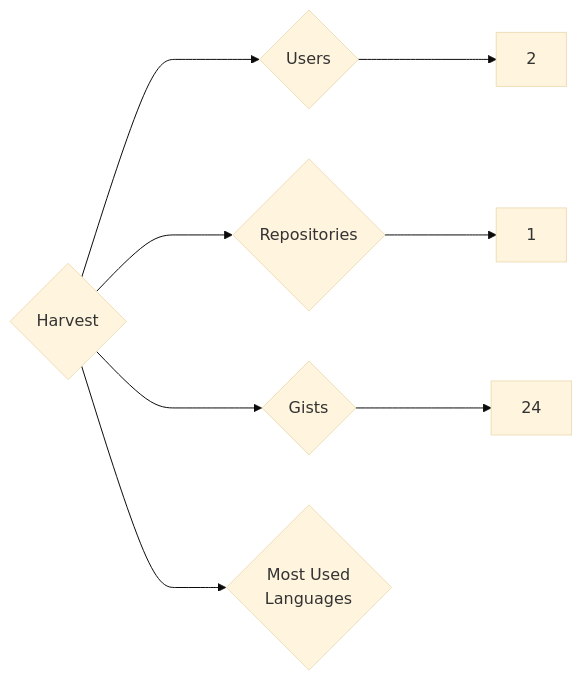
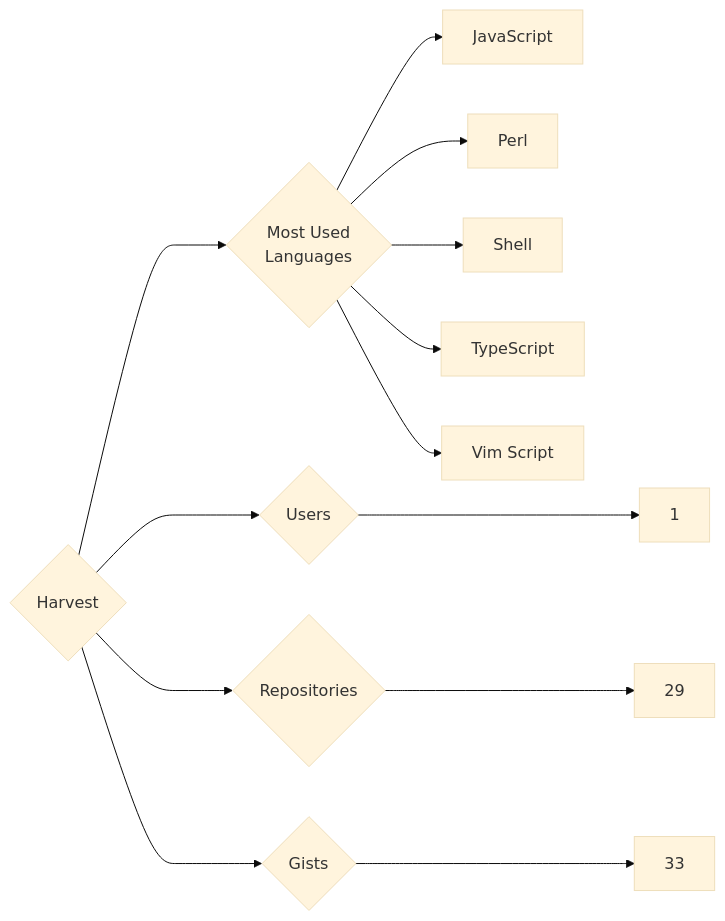
One commit to trickest/insiders changed the diagram in targets/Harvest/README.md. Above: the diagram before and after it, drawn with Mermaid (base theme). The commit also changed 1089 other files, not shown here.

````diff
--- a/targets/Harvest/README.md
+++ b/targets/Harvest/README.md
@@ -3,8 +3,13 @@
 ```mermaid
 graph LR
 COMPANY_NAME{Harvest}
-COMPANY_NAME ---> U{Users} ---> UN[2]
-COMPANY_NAME ---> R{Repositories} ---> RN[1]
-COMPANY_NAME ---> G{Gists} ---> GN[24]
+COMPANY_NAME ---> U{Users} ---> UN[1]
+COMPANY_NAME ---> R{Repositories} ---> RN[29]
+COMPANY_NAME ---> G{Gists} ---> GN[33]
 COMPANY_NAME ---> ML{Most Used<br>Languages}
+ML --> JavaScript[JavaScript]
+ML --> Perl[Perl]
+ML --> Shell[Shell]
+ML --> TypeScript[TypeScript]
+ML --> Vim_Script[Vim Script]
 ```
````
